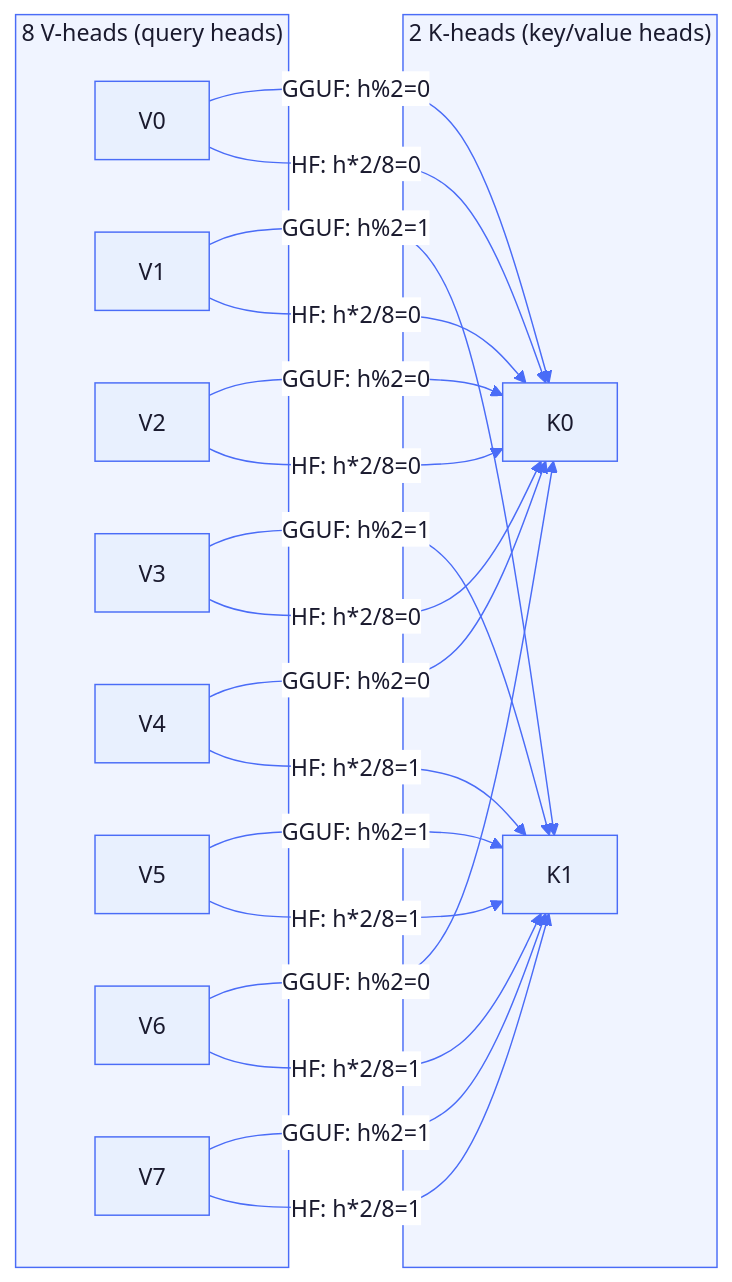
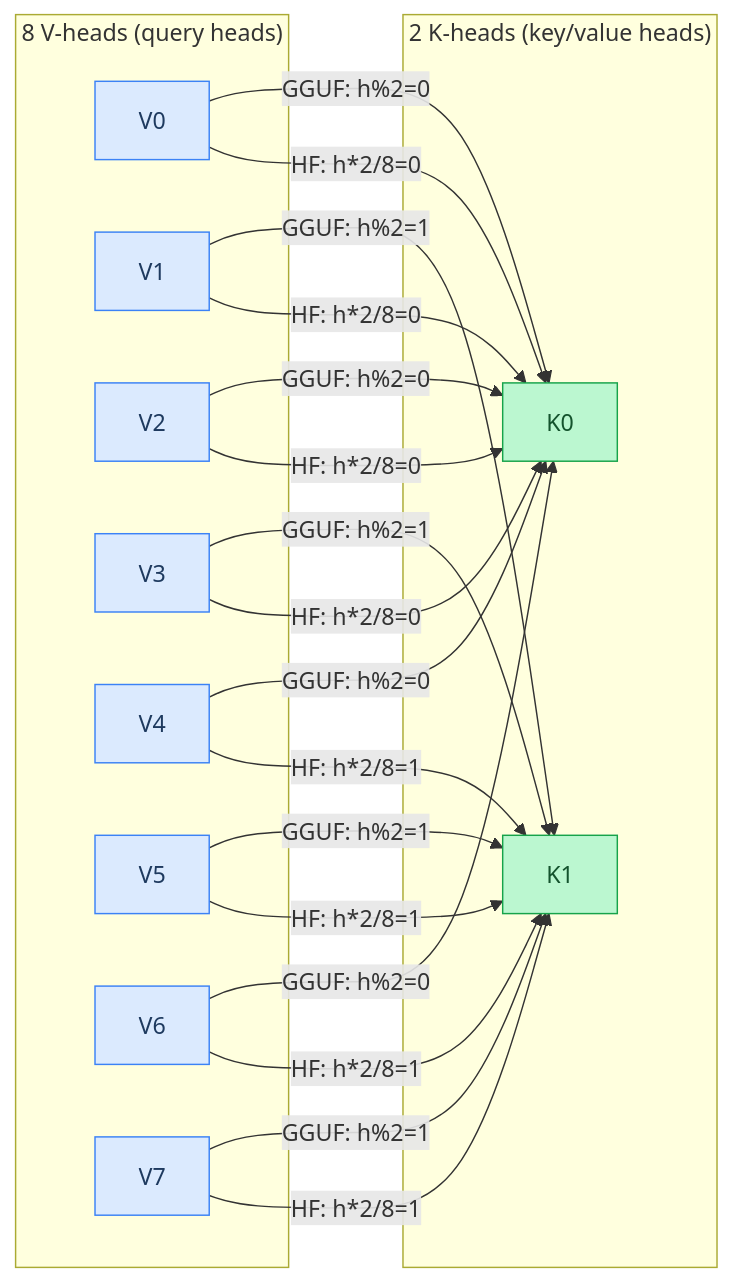
One commit to maci0/agave changed the third of 9 diagrams in docs/tutorial/14-format-conventions.md. Above: the diagram before and after it, drawn with Mermaid. The commit also changed other lines of this file and 24 other files, not shown here.

First line of the commit message:
docs: convert all mermaid diagrams to classDef semantic colors

````diff
--- a/docs/tutorial/14-format-conventions.md
+++ b/docs/tutorial/14-format-conventions.md
@@ -187,38 +188,42 @@
 ```mermaid
-%%{init: {'theme': 'base', 'themeVariables': {
-  'primaryColor': '#e8f0fe',
-  'primaryTextColor': '#1a1a2e',
-  'primaryBorderColor': '#4a6cf7',
-  'lineColor': '#4a6cf7',
-  'secondaryColor': '#f0f4ff',
-  'tertiaryColor': '#f8f9ff',
-  'edgeLabelBackground': '#ffffff',
-  'clusterBkg': '#f0f4ff',
-  'clusterBorder': '#4a6cf7',
-  'titleColor': '#1a1a2e',
-  'nodeTextColor': '#1a1a2e',
-  'fontFamily': 'ui-monospace, SFMono-Regular, monospace'
-}}}%%
 flowchart LR
+    classDef setup     fill:#dbeafe,stroke:#3b82f6,color:#1e3a5f
+    classDef sync      fill:#dcfce7,stroke:#22c55e,color:#14532d
+    classDef migration fill:#fef9c3,stroke:#eab308,color:#713f12
+    classDef success   fill:#bbf7d0,stroke:#16a34a,color:#14532d
+    classDef danger    fill:#fee2e2,stroke:#ef4444,color:#7f1d1d
+    classDef optional  fill:#f3e8ff,stroke:#9333ea,color:#581c87
+
+    V0["V0"]:::setup
+    V1["V1"]:::setup
+    V2["V2"]:::setup
+    V3["V3"]:::setup
+    V4["V4"]:::setup
+    V5["V5"]:::setup
+    V6["V6"]:::setup
+    V7["V7"]:::setup
+    K0["K0"]:::success
+    K1["K1"]:::success
+
     subgraph VHeads["8 V-heads (query heads)"]
-        V0["V0"] & V1["V1"] & V2["V2"] & V3["V3"]
-        V4["V4"] & V5["V5"] & V6["V6"] & V7["V7"]
+        V0 & V1 & V2 & V3
+        V4 & V5 & V6 & V7
     end
 
     subgraph KHeads["2 K-heads (key/value heads)"]
-        K0["K0"]
-        K1["K1"]
+        K0
+        K1
     end
 
     V0 -->|"GGUF: h%2=0"| K0
     V1 -->|"GGUF: h%2=1"| K1
     V2 -->|"GGUF: h%2=0"| K0
     V3 -->|"GGUF: h%2=1"| K1
     V4 -->|"GGUF: h%2=0"| K0
     V5 -->|"GGUF: h%2=1"| K1
     V6 -->|"GGUF: h%2=0"| K0
     V7 -->|"GGUF: h%2=1"| K1
 
     V0 & V1 & V2 & V3 -->|"HF: h*2/8=0"| K0
     V4 & V5 & V6 & V7 -->|"HF: h*2/8=1"| K1
 ```
````
